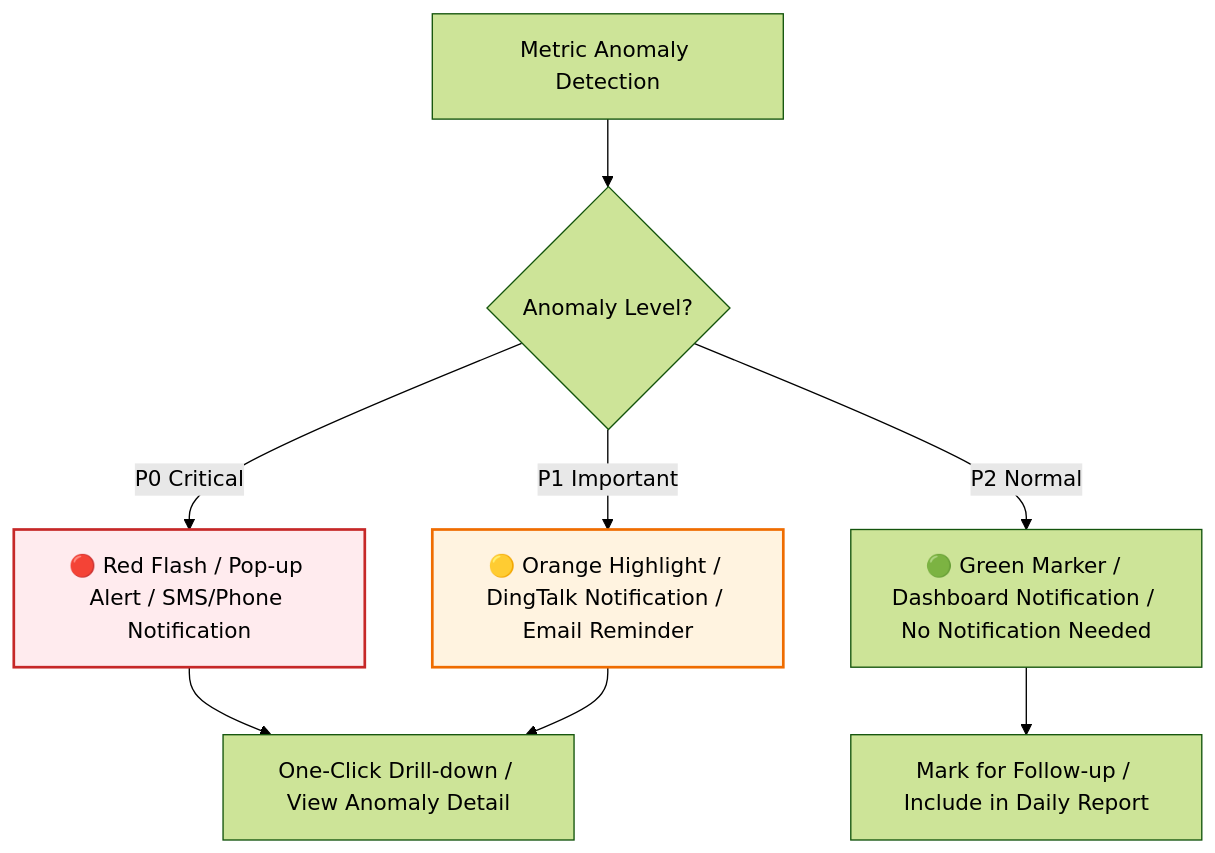
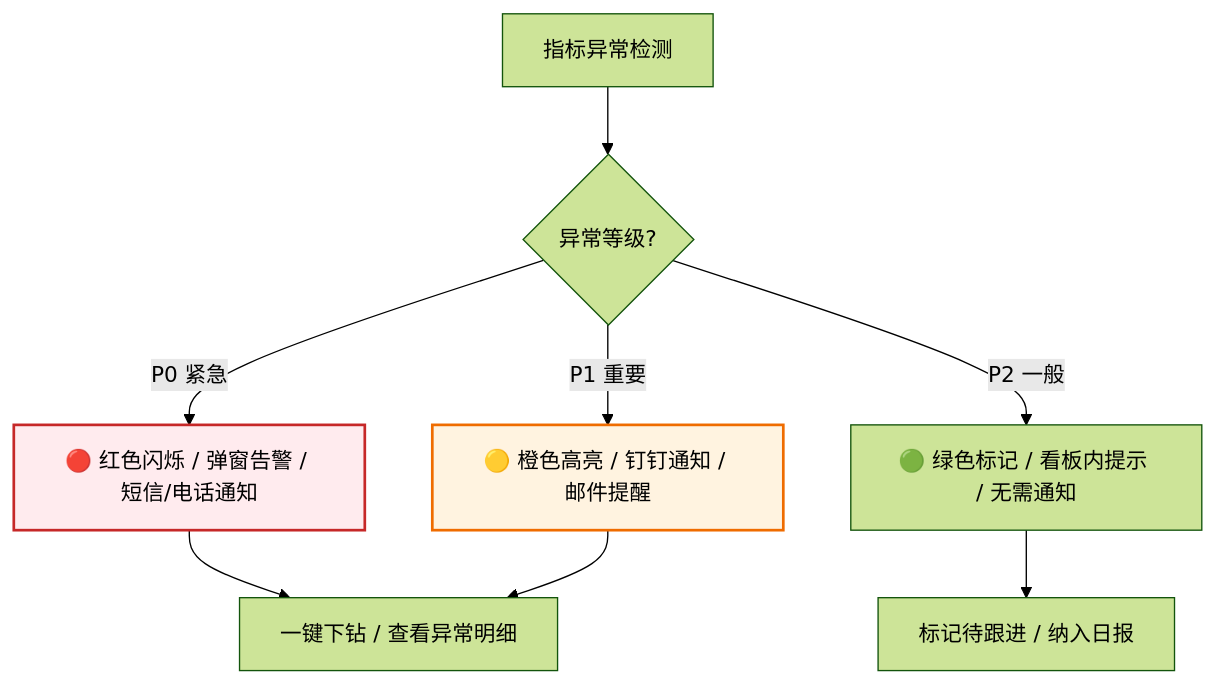
Before and after one commit to Kirky-X/cangjie: the eighth of 9 diagrams in templates/Product/Operations/Template-Dashboard.md, drawn with Mermaid (forest theme). The commit also changed other lines of this file and 33 other files, not shown here.

````diff
--- a/templates/Product/Operations/Template-Dashboard.md
+++ b/templates/Product/Operations/Template-Dashboard.md
@@ -367,16 +367,16 @@
 ```mermaid
 
 
 flowchart TD
-    A[Metric Anomaly Detection] --> B{Anomaly Level?}
-    B -->|P0 Critical| C[🔴 Red Flash / Pop-up Alert / SMS/Phone Notification]
-    B -->|P1 Important| D[🟡 Orange Highlight / DingTalk Notification / Email Reminder]
-    B -->|P2 Normal| E[🟢 Green Marker / Dashboard Notification / No Notification Needed]
+    A[指标异常检测] --> B{异常等级?}
+    B -->|P0 紧急| C[🔴 红色闪烁 / 弹窗告警 / 短信/电话通知]
+    B -->|P1 重要| D[🟡 橙色高亮 / 钉钉通知 / 邮件提醒]
+    B -->|P2 一般| E[🟢 绿色标记 / 看板内提示 / 无需通知]
 
-    C --> F[One-Click Drill-down / View Anomaly Detail]
+    C --> F[一键下钻 / 查看异常明细]
     D --> F
-    E --> G[Mark for Follow-up / Include in Daily Report]
+    E --> G[标记待跟进 / 纳入日报]
 
     style C fill:#ffebee,stroke:#c62828,stroke-width:2px
     style D fill:#fff3e0,stroke:#ef6c00,stroke-width:2px
 ```
````
